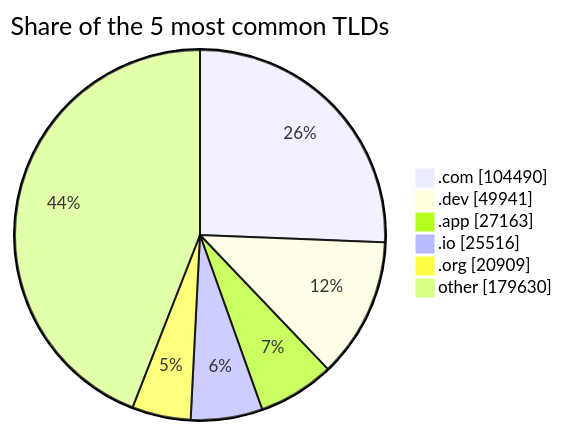
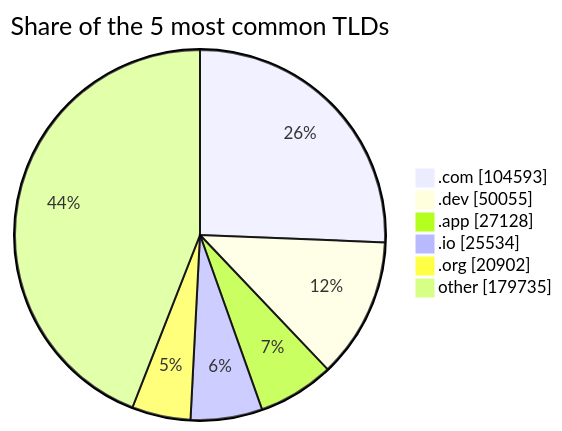
Before and after one commit to DNSBunker/CTI: the third of 3 diagrams in README.md, drawn with Mermaid. The commit also changed other lines of this file and 3 other files, not shown here.

````diff
--- a/README.md
+++ b/README.md
@@ -81,9 +81,9 @@
 ```mermaid
 pie showData title Share of the 5 most common TLDs
-    ".com" : 104490
-    ".dev" : 49941
-    ".app" : 27163
-    ".io" : 25516
-    ".org" : 20909
-    "other" : 179630
+    ".com" : 104593
+    ".dev" : 50055
+    ".app" : 27128
+    ".io" : 25534
+    ".org" : 20902
+    "other" : 179735
 ```
````
